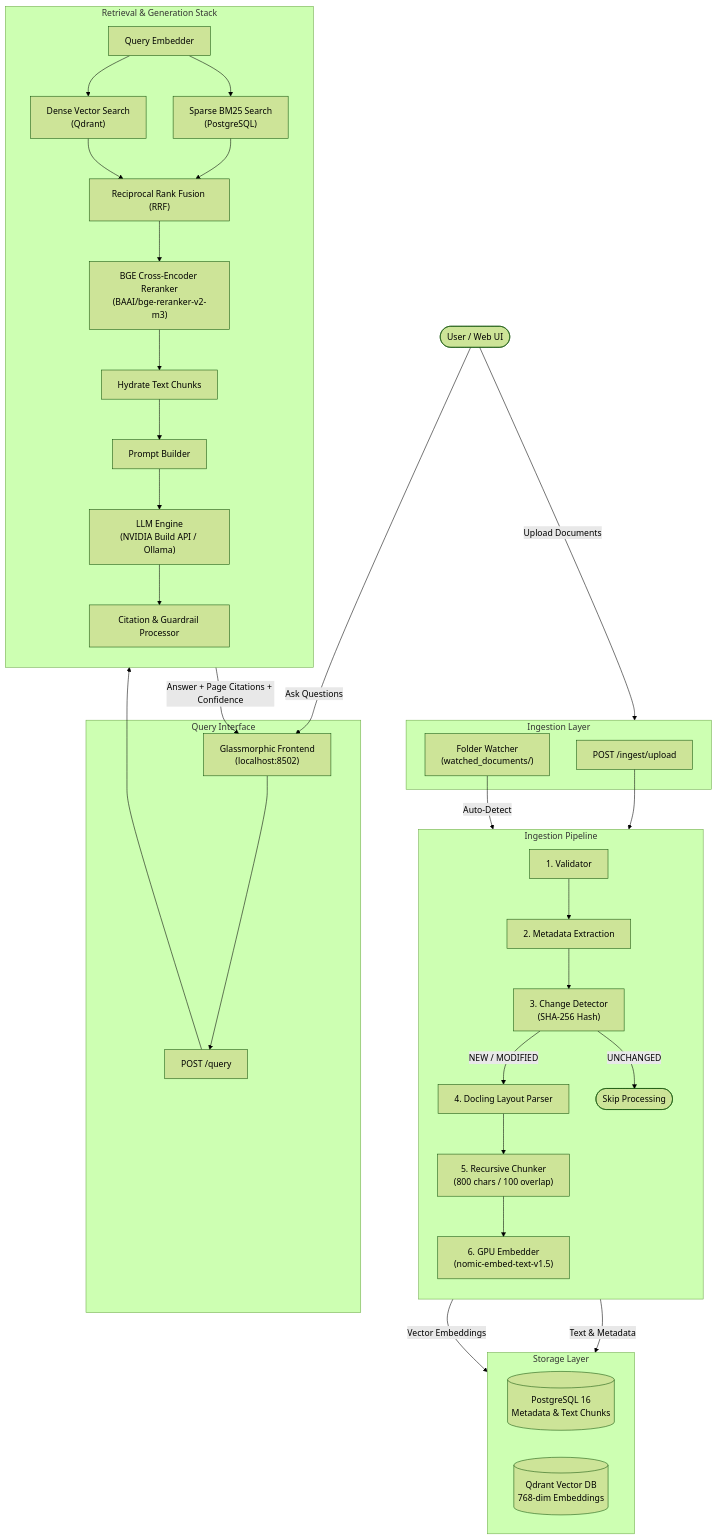
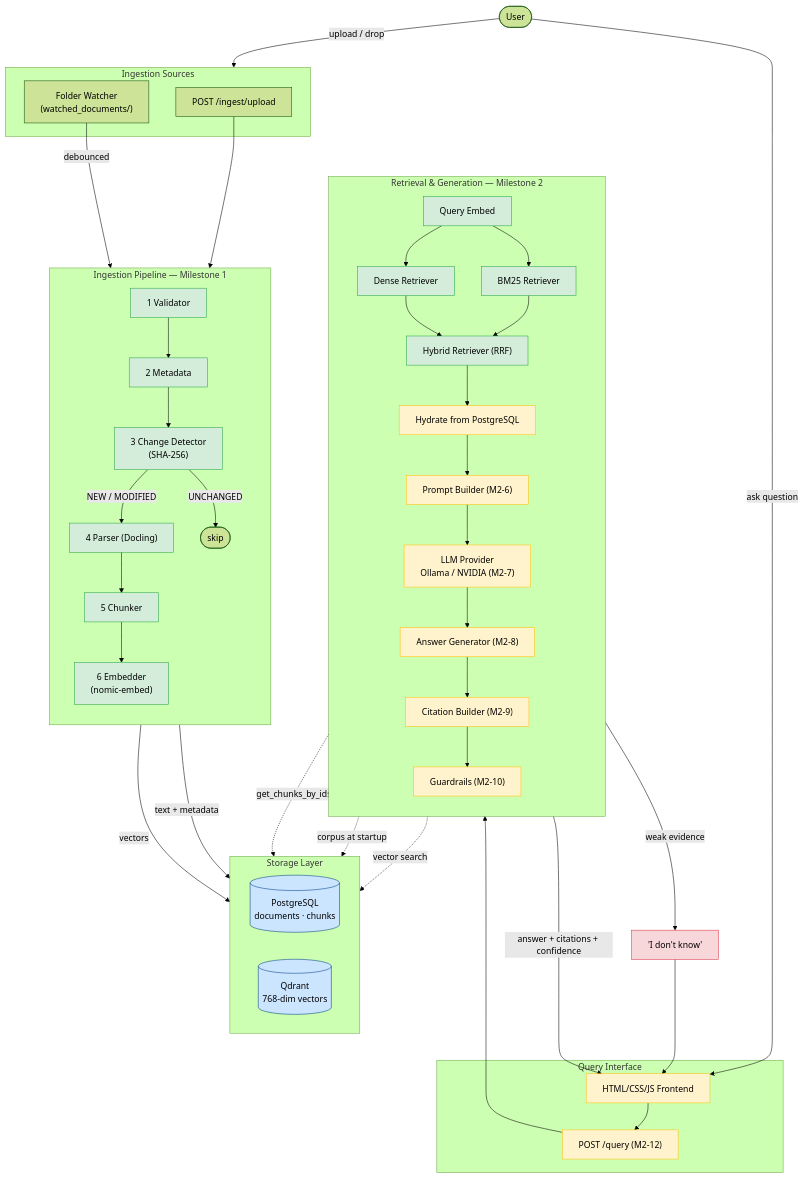
One commit to verdhanyash/AtlasIQ changed the first of 7 diagrams in README.md. Above: the diagram before and after it, drawn with Mermaid (forest theme). The commit also changed other lines of this file, not shown here.

````diff
--- a/README.md
+++ b/README.md
@@ -40,54 +137,68 @@
 ```mermaid
 flowchart TB
-    User([User / Web UI])
+    User([User])
 
-    subgraph EntryPoints["Ingestion Layer"]
+    subgraph EntryPoints["Ingestion Sources"]
         UploadAPI["POST /ingest/upload"]
         FolderWatcher["Folder Watcher<br/>(watched_documents/)"]
     end
 
     subgraph QueryEntry["Query Interface"]
-        FrontendUI["Glassmorphic Frontend<br/>(localhost:8502)"]
-        QueryAPI["POST /query"]
+        FrontendUI["HTML/CSS/JS Frontend"]
+        QueryAPI["POST /query (M2-12)"]
     end
 
-    User -->|Upload Documents| EntryPoints
-    User -->|Ask Questions| FrontendUI --> QueryAPI
+    User -->|upload / drop| EntryPoints
+    User -->|ask question| FrontendUI --> QueryAPI
 
-    subgraph IngestionPipeline["Ingestion Pipeline"]
+    subgraph Ingestion["Ingestion Pipeline — Milestone 1"]
         direction TB
-        Validator["1. Validator"] --> Metadata["2. Metadata Extraction"]
-        Metadata --> ChangeDetect["3. Change Detector<br/>(SHA-256 Hash)"]
-        ChangeDetect -->|NEW / MODIFIED| Parser["4. Docling Layout Parser"]
-        ChangeDetect -->|UNCHANGED| Skip([Skip Processing])
-        Parser --> Chunker["5. Recursive Chunker<br/>(800 chars / 100 overlap)"]
-        Chunker --> Embedder["6. GPU Embedder<br/>(nomic-embed-text-v1.5)"]
+        Validator["1 Validator"] --> Metadata["2 Metadata"]
+        Metadata --> ChangeDetect["3 Change Detector<br/>(SHA-256)"]
+        ChangeDetect -->|NEW / MODIFIED| Parser["4 Parser (Docling)"]
+        ChangeDetect -->|UNCHANGED| Skip([skip])
+        Parser --> Chunker["5 Chunker"] --> Embedder["6 Embedder<br/>(nomic-embed)"]
     end
 
     UploadAPI --> Validator
-    FolderWatcher -->|Auto-Detect| Validator
+    FolderWatcher -->|debounced| Validator
 
-    subgraph StorageLayer["Storage Layer"]
+    subgraph Storage["Storage Layer"]
         direction LR
-        PostgreSQL[("PostgreSQL 16<br/>Metadata & Text Chunks")]
-        Qdrant[("Qdrant Vector DB<br/>768-dim Embeddings")]
+        PostgreSQL[("PostgreSQL<br/>documents · chunks")]
+        Qdrant[("Qdrant<br/>768-dim vectors")]
     end
 
-    Embedder -->|Text & Metadata| PostgreSQL
-    Embedder -->|Vector Embeddings| Qdrant
+    Embedder -->|text + metadata| PostgreSQL
+    Embedder -->|vectors| Qdrant
 
-    subgraph RetrievalPipeline["Retrieval & Generation Stack"]
+    subgraph Retrieval["Retrieval &amp; Generation — Milestone 2"]
         direction TB
-        QEmbed["Query Embedder"] --> Dense["Dense Vector Search<br/>(Qdrant)"] & BM25["Sparse BM25 Search<br/>(PostgreSQL)"]
-        Dense --> RRF["Reciprocal Rank Fusion (RRF)"]
-        BM25 --> RRF
-        RRF --> Reranker["BGE Cross-Encoder Reranker<br/>(BAAI/bge-reranker-v2-m3)"]
-        Reranker --> Hydrate["Hydrate Text Chunks"]
-        Hydrate --> Prompt["Prompt Builder"]
-        Prompt --> LLMProvider["LLM Engine<br/>(NVIDIA Build API / Ollama)"]
-        LLMProvider --> Citation["Citation & Guardrail Processor"]
+        QEmbed["Query Embed"] --> Dense["Dense Retriever"] & BM25["BM25 Retriever"]
+        Dense --> Hybrid["Hybrid Retriever (RRF)"]
+        BM25 --> Hybrid
+        Hybrid --> Hydrate["Hydrate from PostgreSQL"]
+        Hydrate --> Prompt["Prompt Builder (M2-6)"]
+        Prompt --> LLM["LLM Provider<br/>Ollama / NVIDIA (M2-7)"]
+        LLM --> Gen["Answer Generator (M2-8)"]
+        Gen --> Cite["Citation Builder (M2-9)"]
+        Cite --> Guard["Guardrails (M2-10)"]
     end
 
     QueryAPI --> QEmbed
-    Citation -->|Answer + Page Citations + Confidence| FrontendUI
+    Dense -.->|vector search| Qdrant
+    BM25 -.->|corpus at startup| PostgreSQL
+    Hydrate -.->|get_chunks_by_ids| PostgreSQL
+    Guard -->|answer + citations + confidence| FrontendUI
+    Guard -->|weak evidence| Refusal["'I don't know'"] --> FrontendUI
+
+    classDef done fill:#d4edda,stroke:#28a745,color:#000
+    classDef wip fill:#fff3cd,stroke:#ffc107,color:#000
+    classDef planned fill:#f8d7da,stroke:#dc3545,color:#000
+    classDef store fill:#cce5ff,stroke:#004085,color:#000
+
+    class Validator,Metadata,ChangeDetect,Parser,Chunker,Embedder,QEmbed,Dense,BM25,Hybrid done
+    class Hydrate,Prompt,LLM,Gen,Cite,Guard,QueryAPI,FrontendUI wip
+    class Refusal planned
+    class PostgreSQL,Qdrant store
 ```
````
